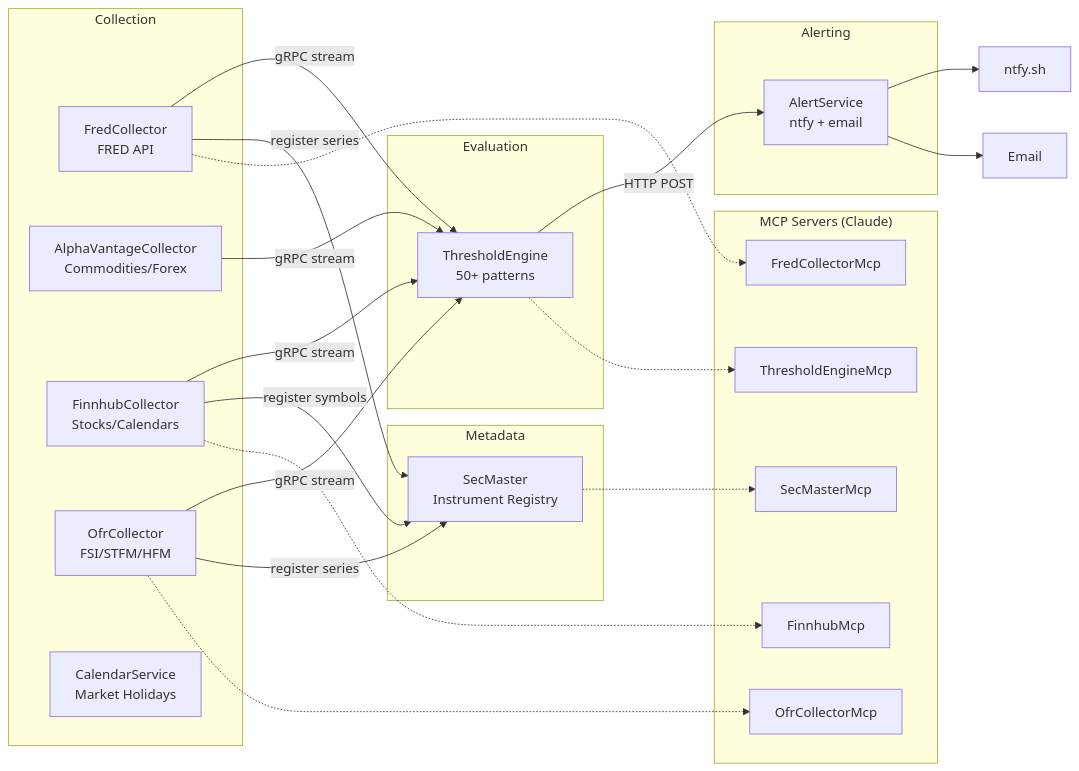
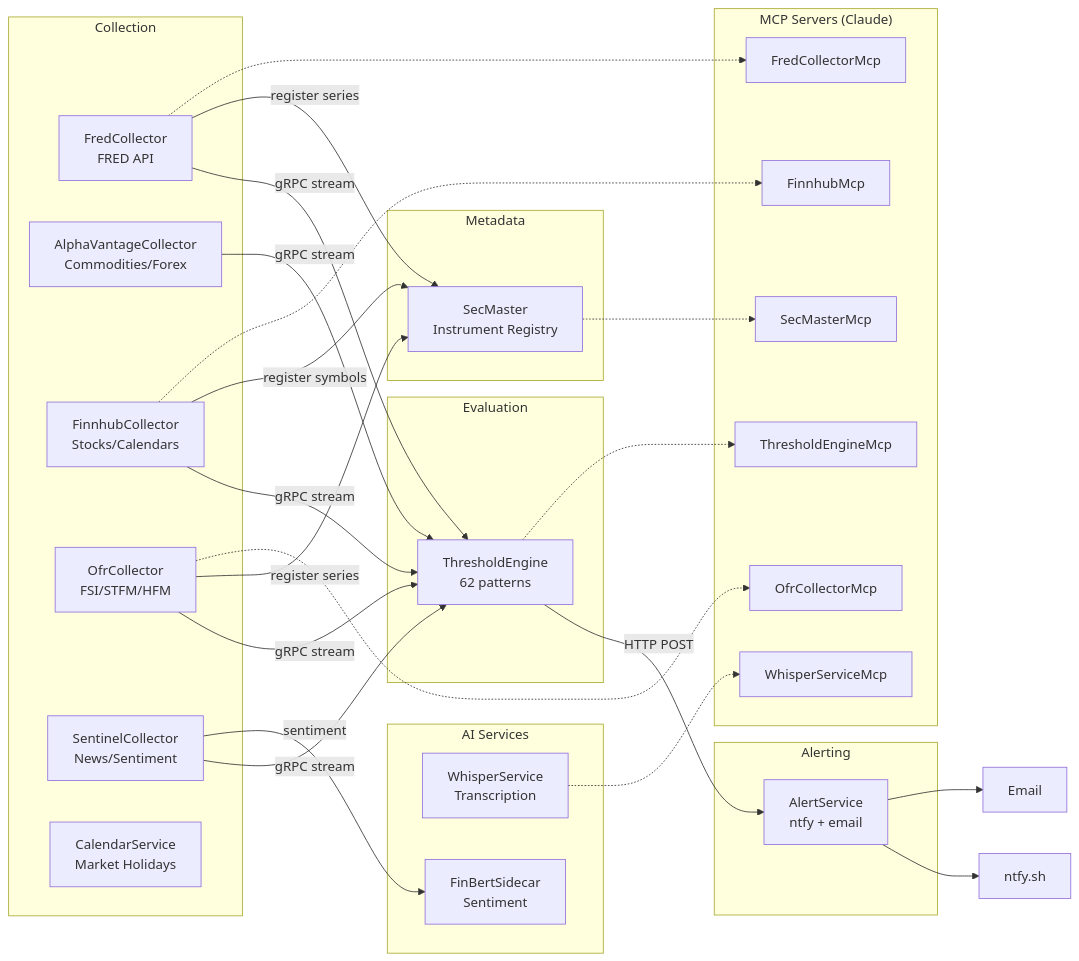
Before and after one commit to jpansarasa/ATLAS-Docs: the first of 4 diagrams in docs/ARCHITECTURE.md, drawn with Mermaid. The commit also changed other lines of this file and 4 other files, not shown here.

````diff
--- a/docs/ARCHITECTURE.md
+++ b/docs/ARCHITECTURE.md
@@ -7,47 +7,57 @@
 ```mermaid
 flowchart LR
     subgraph Collection
         FC[FredCollector<br/>FRED API]
         AV[AlphaVantageCollector<br/>Commodities/Forex]
         FH[FinnhubCollector<br/>Stocks/Calendars]
         OFR[OfrCollector<br/>FSI/STFM/HFM]
+        SC[SentinelCollector<br/>News/Sentiment]
         CS[CalendarService<br/>Market Holidays]
     end
 
     subgraph Metadata
         SM[SecMaster<br/>Instrument Registry]
     end
 
     subgraph Evaluation
-        TE[ThresholdEngine<br/>50+ patterns]
+        TE[ThresholdEngine<br/>62 patterns]
     end
 
     subgraph Alerting
         AS[AlertService<br/>ntfy + email]
+    end
+
+    subgraph AI["AI Services"]
+        WS[WhisperService<br/>Transcription]
+        FB[FinBertSidecar<br/>Sentiment]
     end
 
     subgraph MCP["MCP Servers (Claude)"]
         FM[FredCollectorMcp]
         TM[ThresholdEngineMcp]
         FHM[FinnhubMcp]
         OM[OfrCollectorMcp]
         SMM[SecMasterMcp]
+        WSM[WhisperServiceMcp]
     end
 
     FC -->|gRPC stream| TE
     AV -->|gRPC stream| TE
     FH -->|gRPC stream| TE
     OFR -->|gRPC stream| TE
+    SC -->|gRPC stream| TE
     FC -->|register series| SM
     FH -->|register symbols| SM
     OFR -->|register series| SM
+    SC -->|sentiment| FB
     TE -->|HTTP POST| AS
     AS --> N[ntfy.sh]
     AS --> E[Email]
 
     FC -.-> FM
     TE -.-> TM
     FH -.-> FHM
     OFR -.-> OM
     SM -.-> SMM
+    WS -.-> WSM
 ```
````
